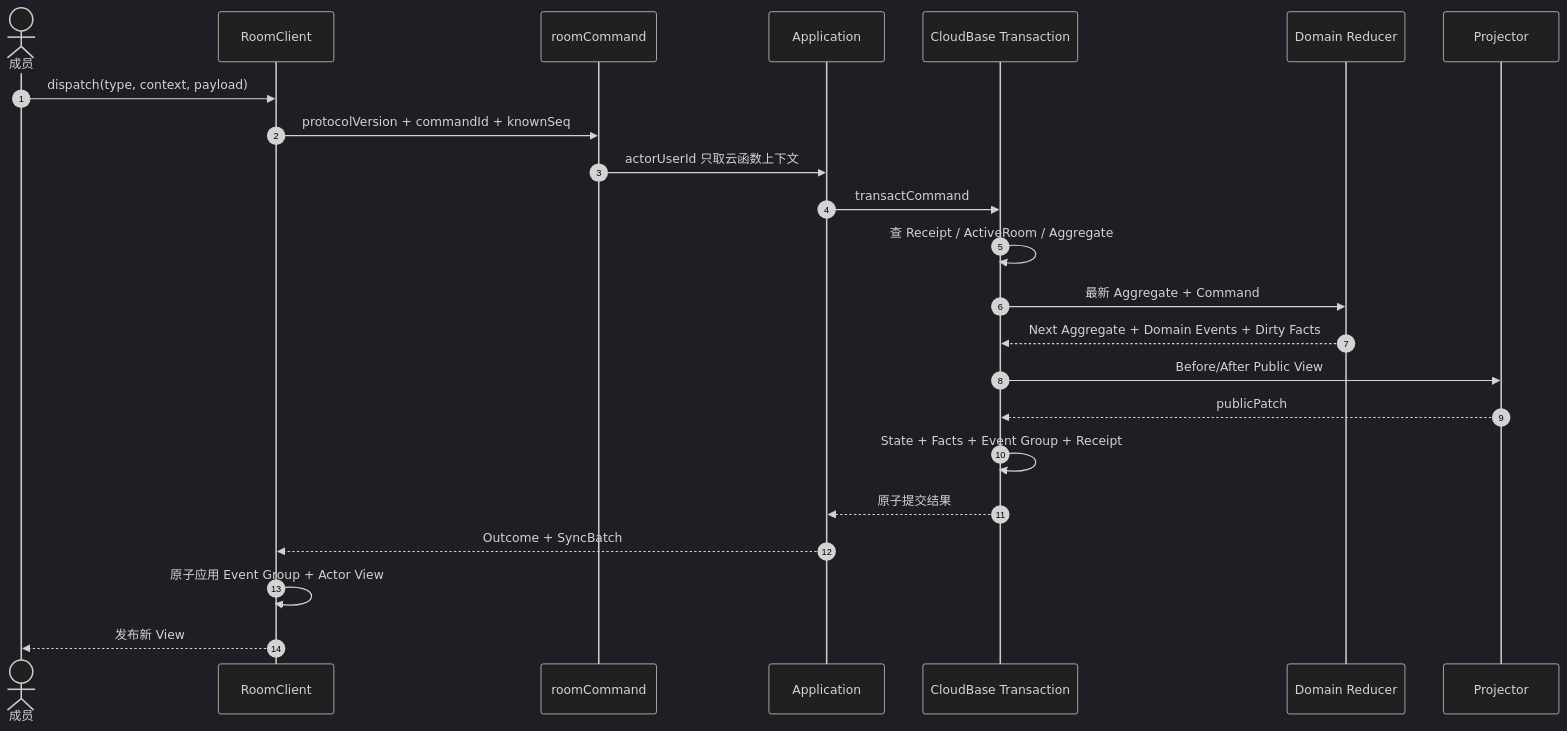
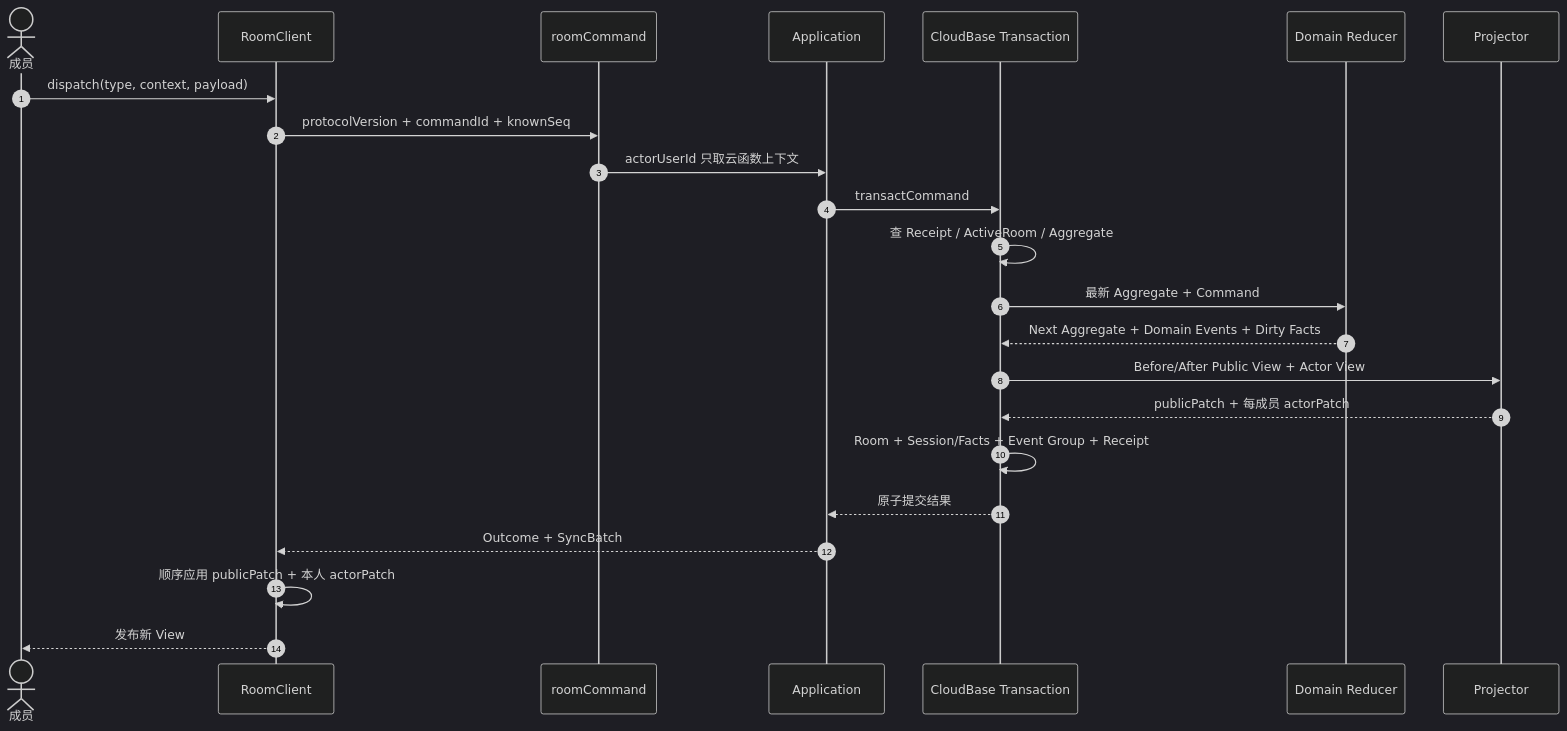
Before and after one commit to Bubble-419/cardboard-miniprogram: the fourth of 18 diagrams in docs/ROOM_PROTOCOL_V3_IMPLEMENTATION.md, drawn with Mermaid (dark theme). The commit also changed other lines of this file and 37 other files, not shown here.

````diff
--- a/docs/ROOM_PROTOCOL_V3_IMPLEMENTATION.md
+++ b/docs/ROOM_PROTOCOL_V3_IMPLEMENTATION.md
@@ -103,26 +115,26 @@
 ```mermaid
 sequenceDiagram
   autonumber
   actor U as 成员
   participant C as RoomClient
   participant F as roomCommand
   participant A as Application
   participant T as CloudBase Transaction
   participant D as Domain Reducer
   participant P as Projector
 
   U->>C: dispatch(type, context, payload)
   C->>F: protocolVersion + commandId + knownSeq
   F->>A: actorUserId 只取云函数上下文
   A->>T: transactCommand
   T->>T: 查 Receipt / ActiveRoom / Aggregate
   T->>D: 最新 Aggregate + Command
   D-->>T: Next Aggregate + Domain Events + Dirty Facts
-  T->>P: Before/After Public View
-  P-->>T: publicPatch
-  T->>T: State + Facts + Event Group + Receipt
+  T->>P: Before/After Public View + Actor View
+  P-->>T: publicPatch + 每成员 actorPatch
+  T->>T: Room + Session/Facts + Event Group + Receipt
   T-->>A: 原子提交结果
   A-->>C: Outcome + SyncBatch
-  C->>C: 原子应用 Event Group + Actor View
+  C->>C: 顺序应用 publicPatch + 本人 actorPatch
   C-->>U: 发布新 View
 ```
````
